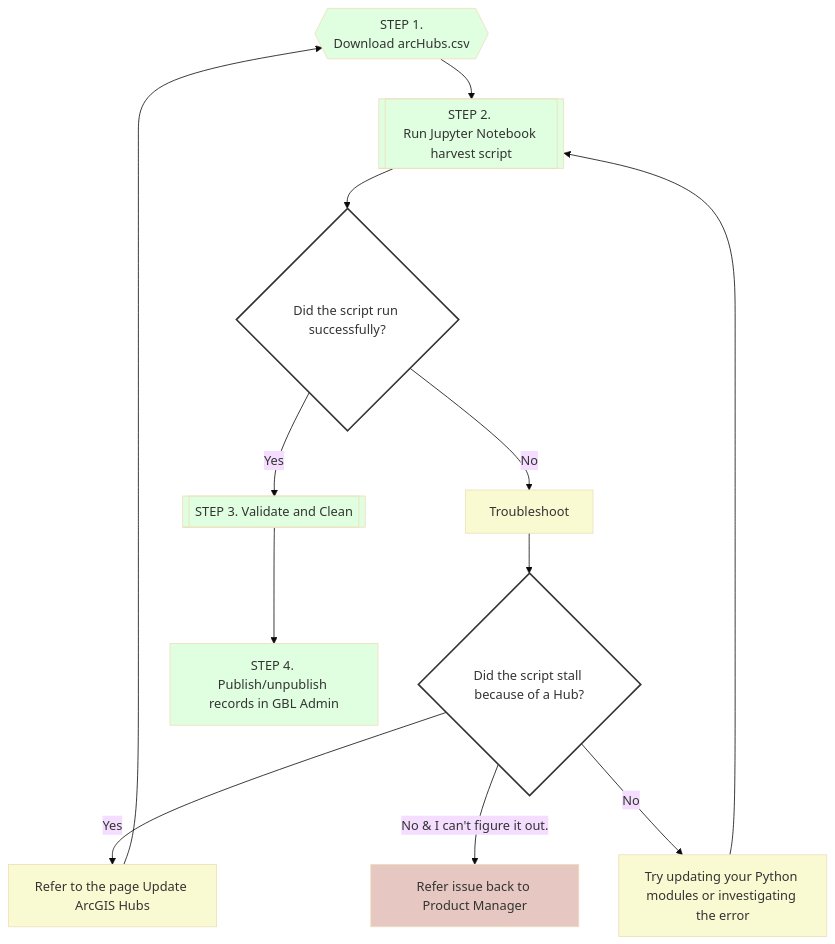
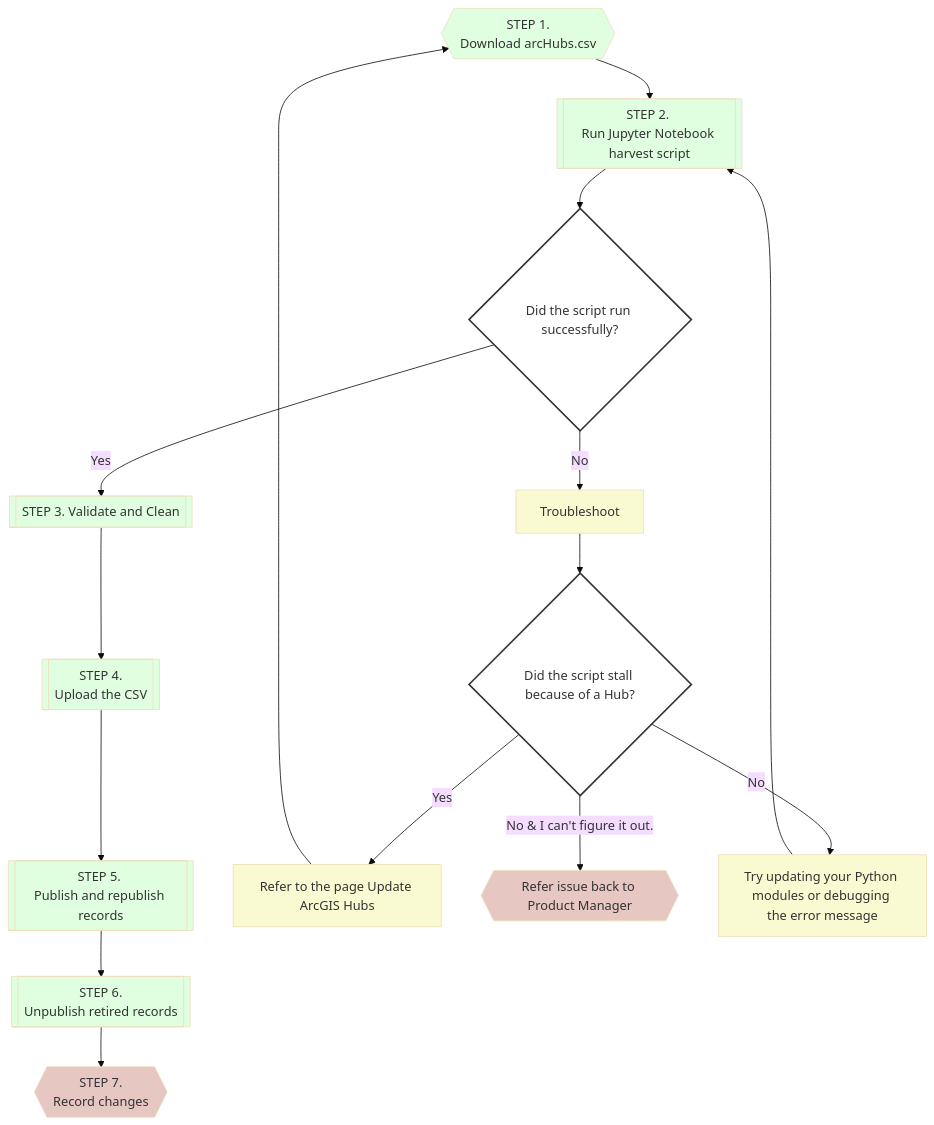
Before and after one commit to geobtaa/metadata: the diagram in docs/recipes/R-01_arcgis-hubs.md, drawn with Mermaid (base theme). The commit also changed other lines of this file, not shown here.

````diff
--- a/docs/recipes/R-01_arcgis-hubs.md
+++ b/docs/recipes/R-01_arcgis-hubs.md
@@ -10,25 +10,28 @@
 ``` mermaid
 graph TB
 
 A{{STEP 1. <br>Download arcHubs.csv}}:::green --> B[[STEP 2. <br>Run Jupyter Notebook harvest script]]:::green;
 B --> C{Did the script run successfully?};
+C --> |Yes| K[[STEP 3. Validate and Clean]]:::green; 
+K --> E[[STEP 4. <br>Upload the CSV]]:::green; 
+E --> L[[STEP 5. <br>Publish and republish records]]:::green; 
+L --> M[[STEP 6. <br>Unpublish retired records]]:::green; 
+M --> N{{STEP 7. <br>Record changes}}:::red; 
 C --> |No| D[Troubleshoot]:::yellow;
 D --> H{Did the script stall because of a Hub?};
 H --> |Yes| I[Refer to the page Update ArcGIS Hubs]:::yellow;
-H --> |No & I can't figure it out.| F[Refer issue back to Product Manager]:::red;
-H --> |No| J[Try updating your Python modules or investigating the error]:::yellow;
+H --> |No & I can't figure it out.| F{{Refer issue back to Product Manager}}:::red;
+H --> |No| J[Try updating your Python modules or debugging the error message]:::yellow;
 J --> B;
 I --> A;
-C --> |Yes| K[[STEP 3. Validate and Clean]]:::green; 
-K --> E[STEP 4. <br>Publish/unpublish records in GBL Admin]:::green; 
 
 
 classDef green fill:#E0FFE0
 classDef yellow fill:#FAFAD2
 classDef red fill:#E6C7C2
 
 
 classDef questionCell fill:#fff,stroke:#333,stroke-width:2px;
 class C,H questionCell;
 
 ```
````
